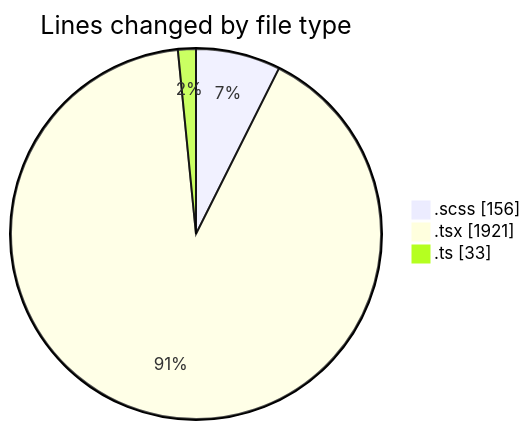
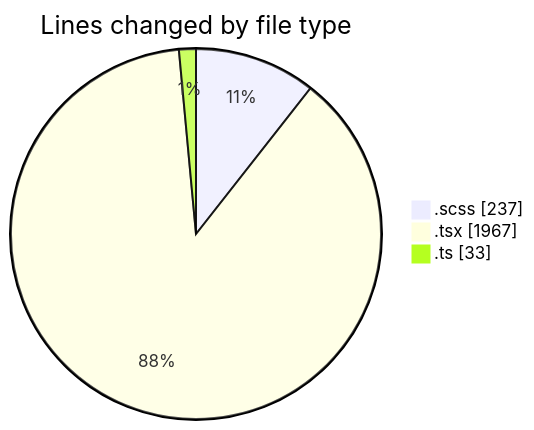
One commit to momahboobian/code-tracking changed the first of 2 diagrams in 2025-02-10/cda/README.md. Above: the diagram before and after it, drawn with Mermaid. The commit also changed other lines of this file and 1 other file, not shown here.

````diff
--- a/2025-02-10/cda/README.md
+++ b/2025-02-10/cda/README.md
@@ -25,7 +25,7 @@
 ```mermaid
 pie showData
 title Lines changed by file type
-".scss" : 156
-".tsx" : 1921
+".scss" : 237
+".tsx" : 1967
 ".ts" : 33
 ```
````
